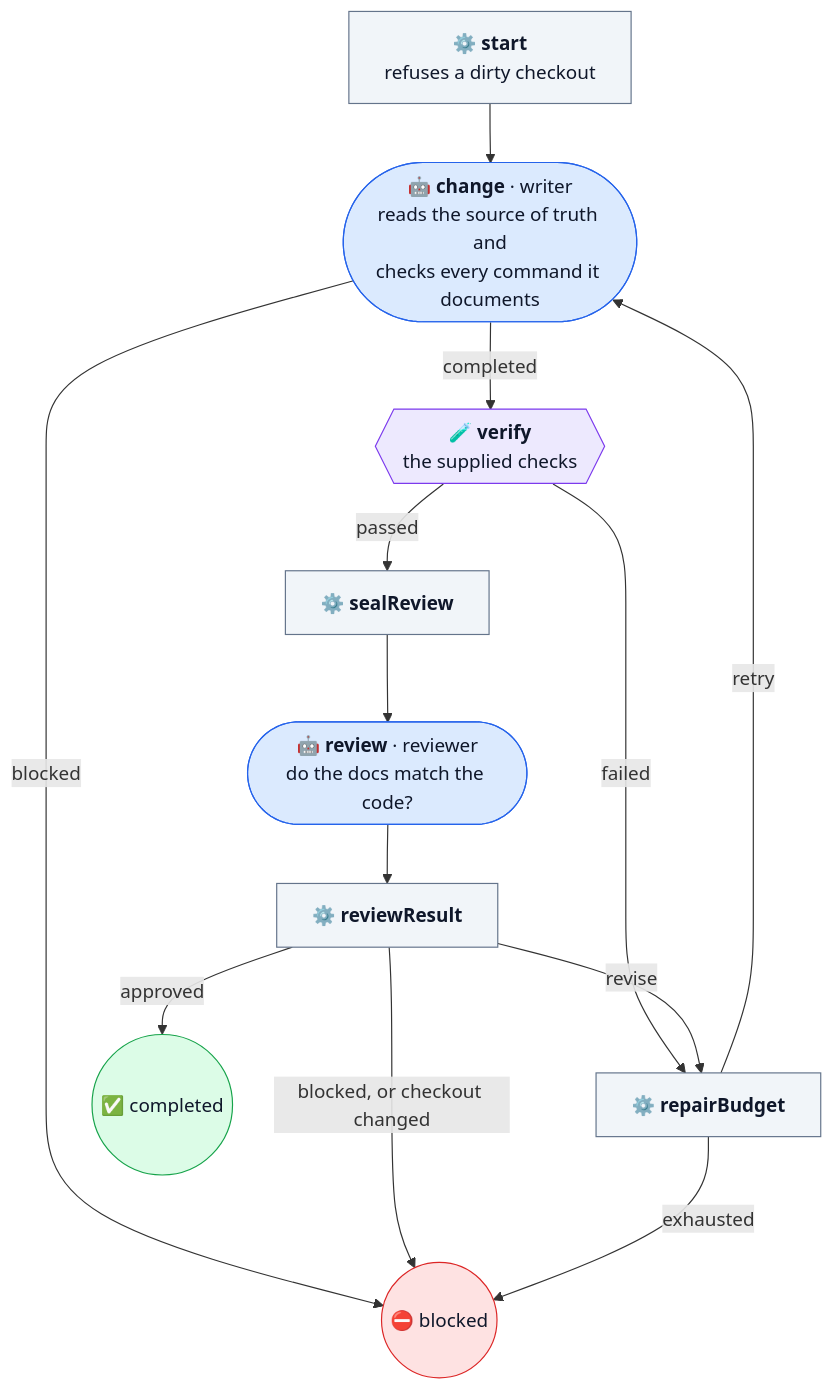
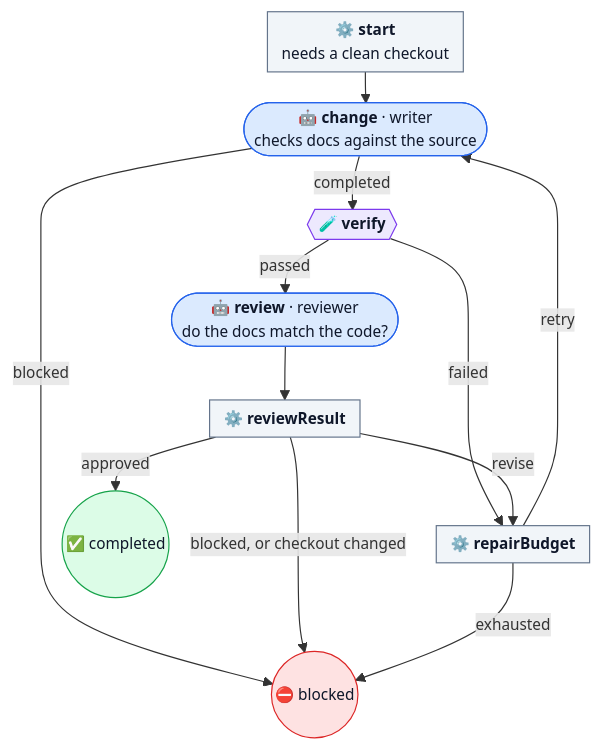
Before and after one commit to dna113p/machine-shop: the diagram in docs/workflows/update-docs.md, drawn with Mermaid. The commit also changed 13 other files, not shown here.

First line of the commit message:
The workflow diagrams are about half their size

````diff
--- a/docs/workflows/update-docs.md
+++ b/docs/workflows/update-docs.md
@@ -41,34 +41,34 @@
 ```mermaid
+%%{init: {"themeVariables": {"fontSize": "13px"}, "flowchart": {"nodeSpacing": 16, "rankSpacing": 26, "padding": 6, "diagramPadding": 4}}}%%
 flowchart TD
-  start["⚙️ <b>start</b><br/>refuses a dirty checkout"]
-  change(["🤖 <b>change</b> · writer<br/>reads the source of truth and<br/>checks every command it documents"])
-  verify{{"🧪 <b>verify</b><br/>the supplied checks"}}
-  seal["⚙️ <b>sealReview</b>"]
+  start["⚙️ <b>start</b><br/>needs a clean checkout"]
+  change(["🤖 <b>change</b> · writer<br/>checks docs against the source"])
+  verify{{"🧪 <b>verify</b>"}}
   review(["🤖 <b>review</b> · reviewer<br/>do the docs match the code?"])
   result["⚙️ <b>reviewResult</b>"]
   budget["⚙️ <b>repairBudget</b>"]
   done(("✅ completed"))
   blocked(("⛔ blocked"))
 
   start --> change
   change -->|completed| verify
   change -->|blocked| blocked
-  verify -->|passed| seal --> review --> result
+  verify -->|passed| review --> result
   verify -->|failed| budget
   result -->|approved| done
   result -->|revise| budget
   result -->|"blocked, or checkout changed"| blocked
   budget -->|retry| change
   budget -->|exhausted| blocked
 
   classDef agent fill:#dbeafe,stroke:#2563eb,color:#0f172a
   classDef op fill:#f1f5f9,stroke:#64748b,color:#0f172a
   classDef gate fill:#ede9fe,stroke:#7c3aed,color:#0f172a
   classDef good fill:#dcfce7,stroke:#16a34a,color:#0f172a
   classDef bad fill:#fee2e2,stroke:#dc2626,color:#0f172a
   class change,review agent
-  class start,seal,result,budget op
+  class start,result,budget op
   class verify gate
   class done good
   class blocked bad
 ```
````
